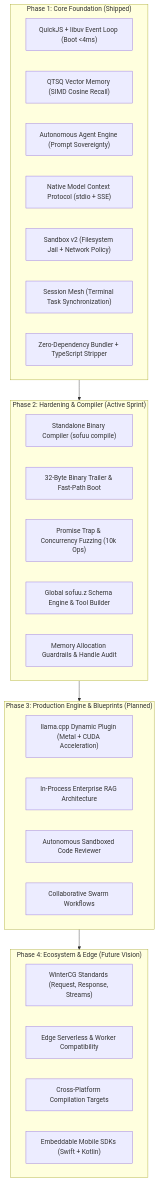
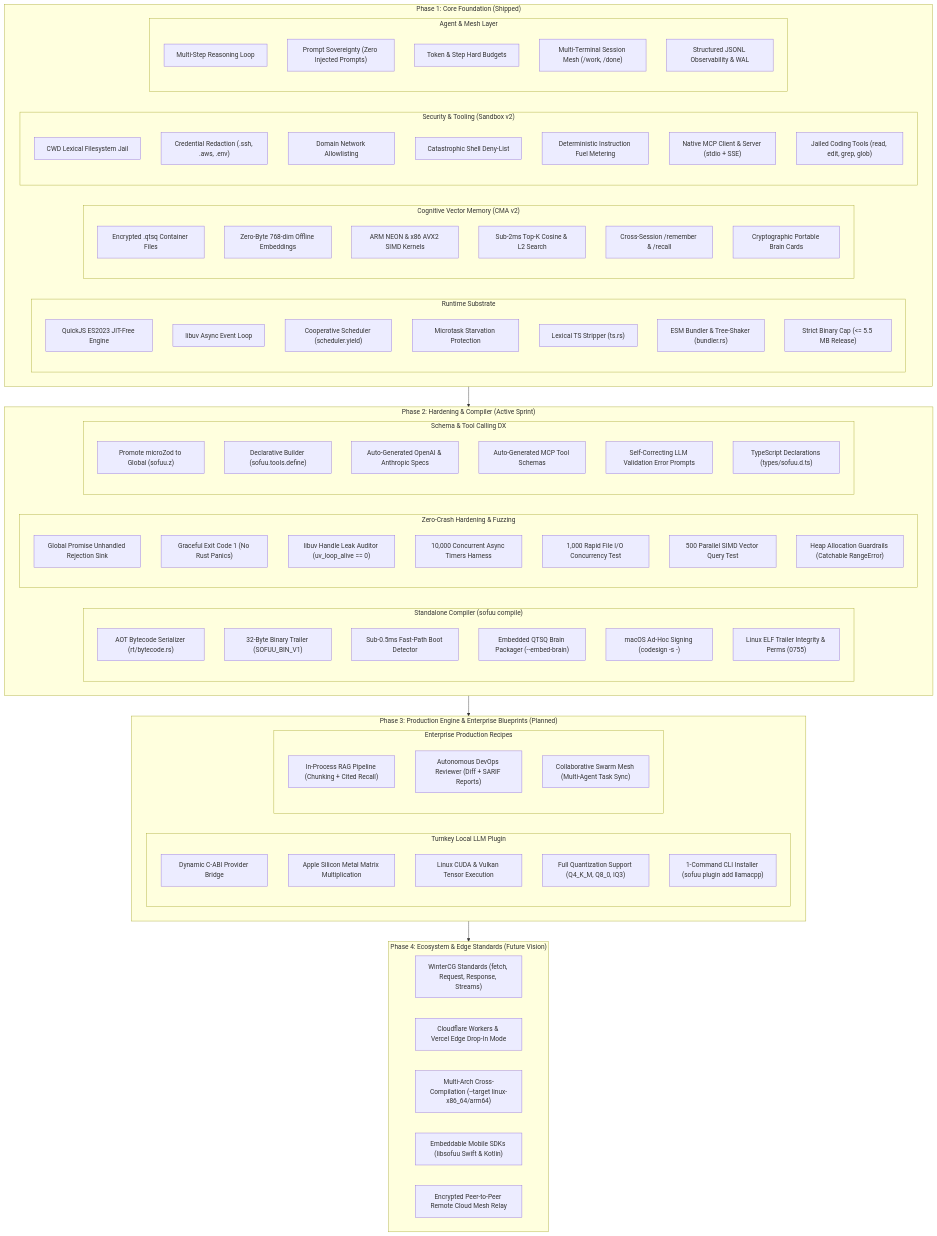
Before and after one commit to sofuu-runtime/sofuu: the diagram in README.md, drawn with Mermaid.

Commit message:
docs: enrich README roadmap Mermaid diagram with detailed architectural components

````diff
--- a/README.md
+++ b/README.md
@@ -791,38 +791,93 @@
 ```mermaid
 flowchart TD
-    subgraph Shipped["Phase 1: Core Foundation (Shipped)"]
-        S1["QuickJS + libuv Event Loop (Boot <4ms)"]
-        S2["QTSQ Vector Memory (SIMD Cosine Recall)"]
-        S3["Autonomous Agent Engine (Prompt Sovereignty)"]
-        S4["Native Model Context Protocol (stdio + SSE)"]
-        S5["Sandbox v2 (Filesystem Jail + Network Policy)"]
-        S6["Session Mesh (Terminal Task Synchronization)"]
-        S7["Zero-Dependency Bundler + TypeScript Stripper"]
+    subgraph P1["Phase 1: Core Foundation (Shipped)"]
+        subgraph P1_Substrate["Runtime Substrate"]
+            S1["QuickJS ES2023 JIT-Free Engine"]
+            S2["libuv Async Event Loop"]
+            S3["Cooperative Scheduler (scheduler.yield)"]
+            S4["Microtask Starvation Protection"]
+            S5["Lexical TS Stripper (ts.rs)"]
+            S6["ESM Bundler & Tree-Shaker (bundler.rs)"]
+            S7["Strict Binary Cap (<= 5.5 MB Release)"]
+        end
+        subgraph P1_Memory["Cognitive Vector Memory (CMA v2)"]
+            M1["Encrypted .qtsq Container Files"]
+            M2["Zero-Byte 768-dim Offline Embeddings"]
+            M3["ARM NEON & x86 AVX2 SIMD Kernels"]
+            M4["Sub-2ms Top-K Cosine & L2 Search"]
+            M5["Cross-Session /remember & /recall"]
+            M6["Cryptographic Portable Brain Cards"]
+        end
+        subgraph P1_Security["Security & Tooling (Sandbox v2)"]
+            X1["CWD Lexical Filesystem Jail"]
+            X2["Credential Redaction (.ssh, .aws, .env)"]
+            X3["Domain Network Allowlisting"]
+            X4["Catastrophic Shell Deny-List"]
+            X5["Deterministic Instruction Fuel Metering"]
+            X6["Native MCP Client & Server (stdio + SSE)"]
+            X7["Jailed Coding Tools (read, edit, grep, glob)"]
+        end
+        subgraph P1_Agent["Agent & Mesh Layer"]
+            G1["Multi-Step Reasoning Loop"]
+            G2["Prompt Sovereignty (Zero Injected Prompts)"]
+            G3["Token & Step Hard Budgets"]
+            G4["Multi-Terminal Session Mesh (/work, /done)"]
+            G5["Structured JSONL Observability & WAL"]
+        end
     end
 
-    subgraph Active["Phase 2: Hardening & Compiler (Active Sprint)"]
-        A1["Standalone Binary Compiler (sofuu compile)"]
-        A2["32-Byte Binary Trailer & Fast-Path Boot"]
-        A3["Promise Trap & Concurrency Fuzzing (10k Ops)"]
-        A4["Global sofuu.z Schema Engine & Tool Builder"]
-        A5["Memory Allocation Guardrails & Handle Audit"]
+    subgraph P2["Phase 2: Hardening & Compiler (Active Sprint)"]
+        subgraph P2_Compiler["Standalone Compiler (sofuu compile)"]
+            C1["AOT Bytecode Serializer (rt/bytecode.rs)"]
+            C2["32-Byte Binary Trailer (SOFUU_BIN_V1)"]
+            C3["Sub-0.5ms Fast-Path Boot Detector"]
+            C4["Embedded QTSQ Brain Packager (--embed-brain)"]
+            C5["macOS Ad-Hoc Signing (codesign -s -)"]
+            C6["Linux ELF Trailer Integrity & Perms (0755)"]
+        end
+        subgraph P2_Fuzzing["Zero-Crash Hardening & Fuzzing"]
+            F1["Global Promise Unhandled Rejection Sink"]
+            F2["Graceful Exit Code 1 (No Rust Panics)"]
+            F3["libuv Handle Leak Auditor (uv_loop_alive == 0)"]
+            F4["10,000 Concurrent Async Timers Harness"]
+            F5["1,000 Rapid File I/O Concurrency Test"]
+            F6["500 Parallel SIMD Vector Query Test"]
+            F7["Heap Allocation Guardrails (Catchable RangeError)"]
+        end
+        subgraph P2_DX["Schema & Tool Calling DX"]
+            Z1["Promote microZod to Global (sofuu.z)"]
+            Z2["Declarative Builder (sofuu.tools.define)"]
+            Z3["Auto-Generated OpenAI & Anthropic Specs"]
+            Z4["Auto-Generated MCP Tool Schemas"]
+            Z5["Self-Correcting LLM Validation Error Prompts"]
+            Z6["TypeScript Declarations (types/sofuu.d.ts)"]
+        end
     end
 
-    subgraph Enterprise["Phase 3: Production Engine & Blueprints (Planned)"]
-        E1["llama.cpp Dynamic Plugin (Metal + CUDA Acceleration)"]
-        E2["In-Process Enterprise RAG Architecture"]
-        E3["Autonomous Sandboxed Code Reviewer"]
-        E4["Collaborative Swarm Workflows"]
+    subgraph P3["Phase 3: Production Engine & Enterprise Blueprints (Planned)"]
+        subgraph P3_Llama["Turnkey Local LLM Plugin"]
+            L1["Dynamic C-ABI Provider Bridge"]
+            L2["Apple Silicon Metal Matrix Multiplication"]
+            L3["Linux CUDA & Vulkan Tensor Execution"]
+            L4["Full Quantization Support (Q4_K_M, Q8_0, IQ3)"]
+            L5["1-Command CLI Installer (sofuu plugin add llamacpp)"]
+        end
+        subgraph P3_Recipes["Enterprise Production Recipes"]
+            R1["In-Process RAG Pipeline (Chunking + Cited Recall)"]
+            R2["Autonomous DevOps Reviewer (Diff + SARIF Reports)"]
+            R3["Collaborative Swarm Mesh (Multi-Agent Task Sync)"]
+        end
     end
 
-    subgraph Expansion["Phase 4: Ecosystem & Edge (Future Vision)"]
-        F1["WinterCG Standards (Request, Response, Streams)"]
-        F2["Edge Serverless & Worker Compatibility"]
-        F3["Cross-Platform Compilation Targets"]
-        F4["Embeddable Mobile SDKs (Swift + Kotlin)"]
+    subgraph P4["Phase 4: Ecosystem & Edge Standards (Future Vision)"]
+        W1["WinterCG Standards (fetch, Request, Response, Streams)"]
+        W2["Cloudflare Workers & Vercel Edge Drop-In Mode"]
+        W3["Multi-Arch Cross-Compilation (--target linux-x86_64/arm64)"]
+        W4["Embeddable Mobile SDKs (libsofuu Swift & Kotlin)"]
+        W5["Encrypted Peer-to-Peer Remote Cloud Mesh Relay"]
     end
 
-    Shipped --> Active
-    Active --> Enterprise
-    Enterprise --> Expansion
+    P1 --> P2
+    P2 --> P3
+    P3 --> P4
 ```
````
